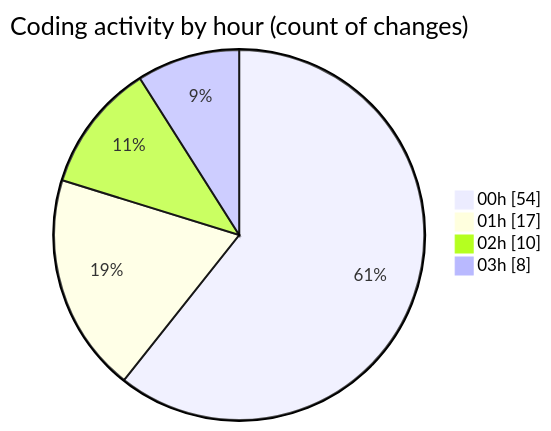
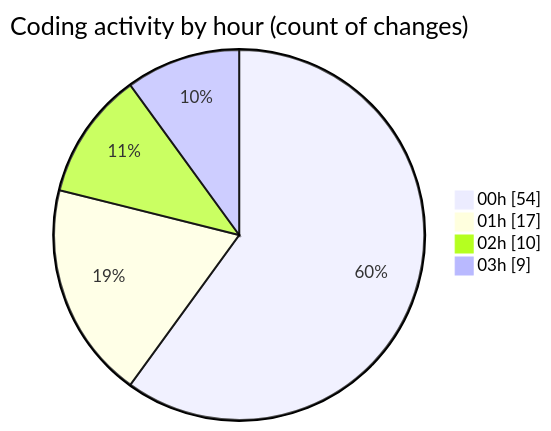
Before and after one commit to lephambinh05/code-tracking: the second of 2 diagrams in 2025-07-26/quanlyrapchieuphim-1/README.md, drawn with Mermaid. The commit also changed other lines of this file and 1 other file, not shown here.

````diff
--- a/2025-07-26/quanlyrapchieuphim-1/README.md
+++ b/2025-07-26/quanlyrapchieuphim-1/README.md
@@ -35,8 +35,8 @@
 ```mermaid
 pie showData
 title Coding activity by hour (count of changes)
 "00h" : 54
 "01h" : 17
 "02h" : 10
-"03h" : 8
+"03h" : 9
 ```
````
